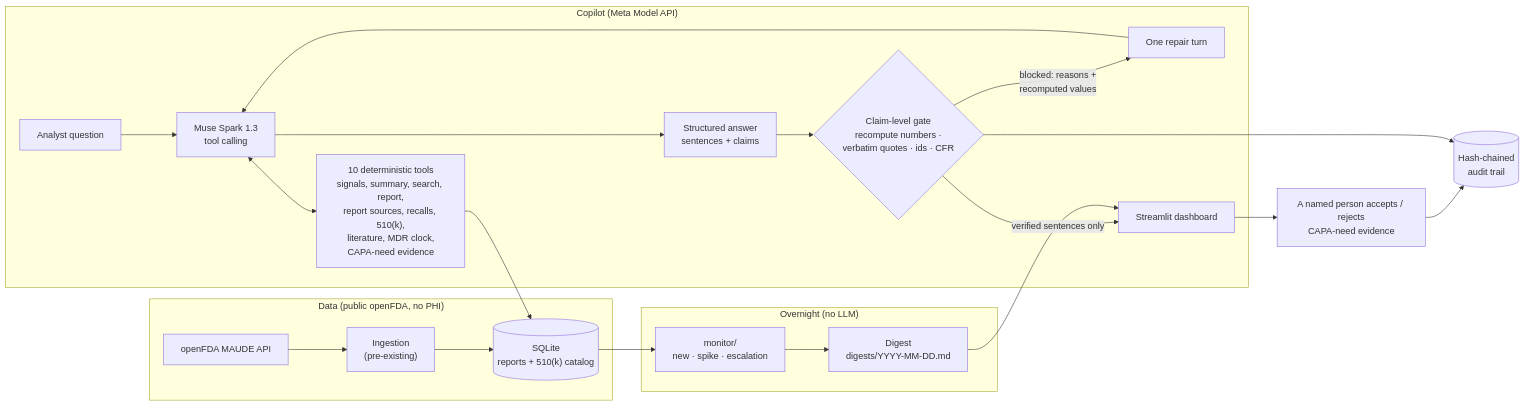
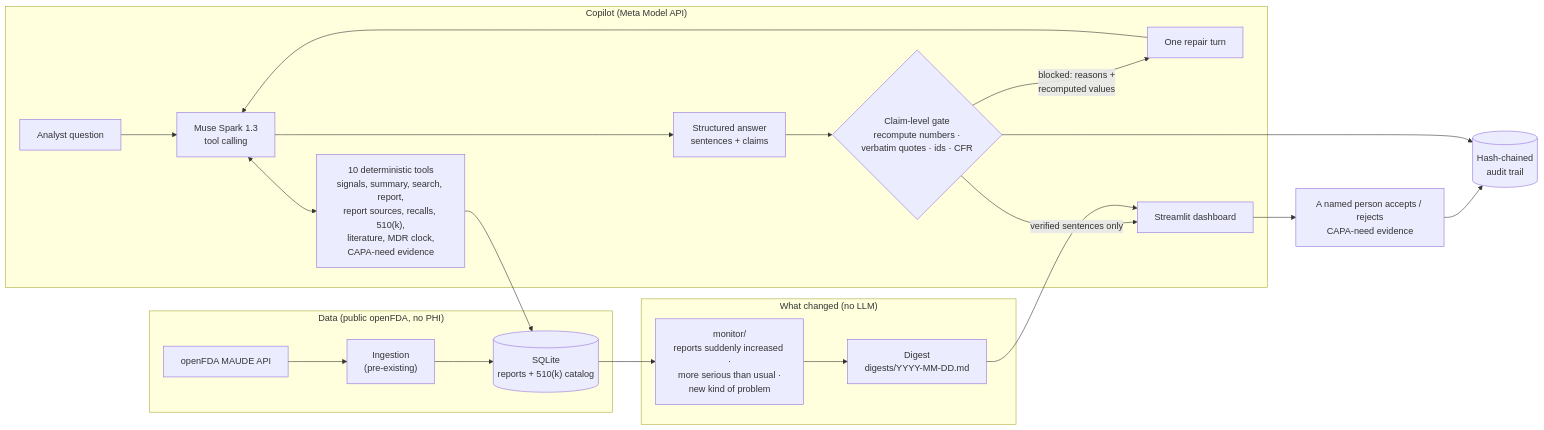
The diagram in README.md (kondapallysaicharan63-bot/maudesignal), drawn with Mermaid before and after one commit. The commit also changed other lines of this file and 38 other files, not shown here.

````diff
--- a/README.md
+++ b/README.md
@@ -141,28 +143,28 @@
 ```mermaid
 flowchart LR
     subgraph data["Data (public openFDA, no PHI)"]
         FDA["openFDA MAUDE API"] --> ING["Ingestion<br/>(pre-existing)"]
         ING --> DB[("SQLite<br/>reports + 510(k) catalog")]
     end
 
-    subgraph overnight["Overnight (no LLM)"]
-        DB --> MON["monitor/<br/>new · spike · escalation"]
+    subgraph changes["What changed (no LLM)"]
+        DB --> MON["monitor/<br/>reports suddenly increased ·<br/>more serious than usual ·<br/>new kind of problem"]
         MON --> DIG["Digest<br/>digests/YYYY-MM-DD.md"]
     end
 
     subgraph copilot["Copilot (Meta Model API)"]
         Q["Analyst question"] --> SPARK["Muse Spark 1.3<br/>tool calling"]
         SPARK <--> TOOLS["10 deterministic tools<br/>signals, summary, search, report,<br/>report sources, recalls, 510(k),<br/>literature, MDR clock,<br/>CAPA-need evidence"]
         TOOLS --> DB
         SPARK --> ANS["Structured answer<br/>sentences + claims"]
         ANS --> GATE{"Claim-level gate<br/>recompute numbers ·<br/>verbatim quotes · ids · CFR"}
         GATE -- "blocked: reasons +<br/>recomputed values" --> REPAIR["One repair turn"]
         REPAIR --> SPARK
         GATE -- "verified sentences only" --> UI["Streamlit dashboard"]
     end
 
     DIG --> UI
     UI --> ACT["A named person accepts / rejects<br/>CAPA-need evidence"]
     ACT --> AUDIT[("Hash-chained<br/>audit trail")]
     GATE --> AUDIT
 ```
````
